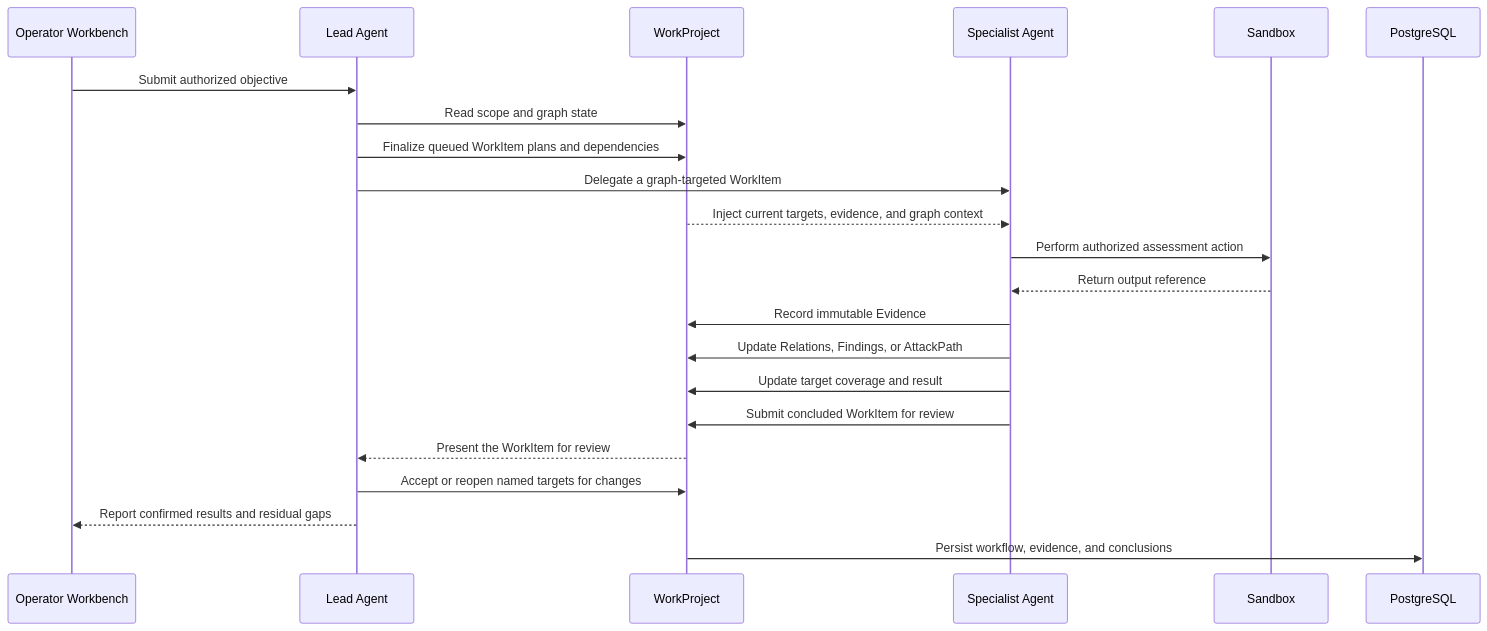
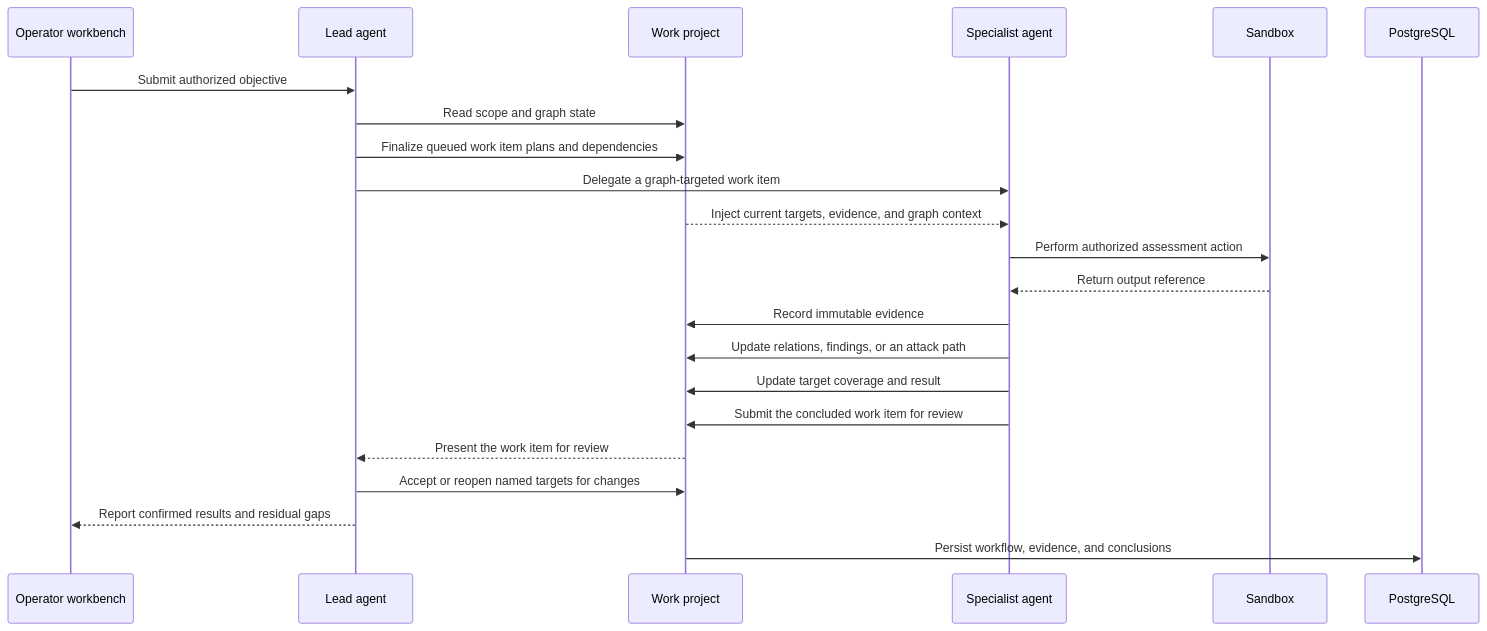
Before and after one commit to Meow-Emperor/Z3r0: the third of 3 diagrams in docs/en/guide/overview.md, drawn with Mermaid. The commit also changed other lines of this file and 164 other files, not shown here.

````diff
--- a/docs/en/guide/overview.md
+++ b/docs/en/guide/overview.md
@@ -99,25 +99,25 @@
 ```mermaid
 sequenceDiagram
-  participant UI as Operator Workbench
-  participant Lead as Lead Agent
-  participant Work as WorkProject
-  participant Expert as Specialist Agent
+  participant UI as Operator workbench
+  participant Lead as Lead agent
+  participant Work as Work project
+  participant Expert as Specialist agent
   participant Sandbox as Sandbox
   participant DB as PostgreSQL
 
   UI->>Lead: Submit authorized objective
   Lead->>Work: Read scope and graph state
-  Lead->>Work: Finalize queued WorkItem plans and dependencies
-  Lead->>Expert: Delegate a graph-targeted WorkItem
+  Lead->>Work: Finalize queued work item plans and dependencies
+  Lead->>Expert: Delegate a graph-targeted work item
   Work-->>Expert: Inject current targets, evidence, and graph context
   Expert->>Sandbox: Perform authorized assessment action
   Sandbox-->>Expert: Return output reference
-  Expert->>Work: Record immutable Evidence
-  Expert->>Work: Update Relations, Findings, or AttackPath
+  Expert->>Work: Record immutable evidence
+  Expert->>Work: Update relations, findings, or an attack path
   Expert->>Work: Update target coverage and result
-  Expert->>Work: Submit concluded WorkItem for review
-  Work-->>Lead: Present the WorkItem for review
+  Expert->>Work: Submit the concluded work item for review
+  Work-->>Lead: Present the work item for review
   Lead->>Work: Accept or reopen named targets for changes
   Lead-->>UI: Report confirmed results and residual gaps
   Work->>DB: Persist workflow, evidence, and conclusions
 ```
````
